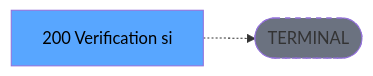
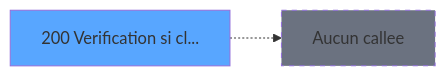
Before and after one commit to thonyAGP/magic-migration: the third of 3 diagrams in .openspec/specs/ADH-IDE-200.md, drawn with Mermaid. The commit also changed other lines of this file and 493 other files, not shown here.

````diff
--- a/.openspec/specs/ADH-IDE-200.md
+++ b/.openspec/specs/ADH-IDE-200.md
@@ -138,8 +166,8 @@
 ```mermaid
 graph LR
-    T[200 Verification si]
-    TERM([TERMINAL])
-    T -.-> TERM
-    style TERM fill:#6b7280,stroke-dasharray: 5 5
-    style T fill:#58a6ff,color:#000
+    T200[200 Verification si cl...]
+    style T200 fill:#58a6ff
+    NONE[Aucun callee]
+    T200 -.-> NONE
+    style NONE fill:#6b7280,stroke-dasharray: 5 5
 ```
````
